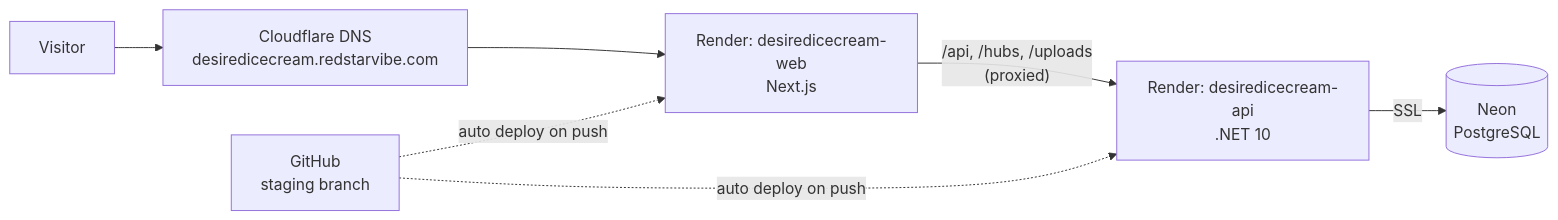
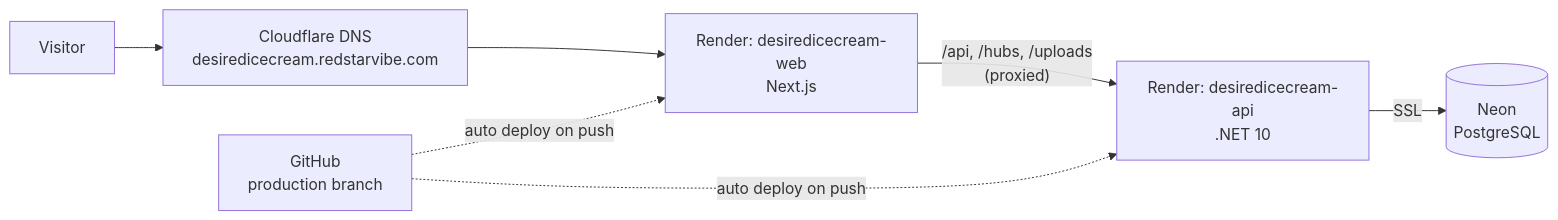
The first of 2 diagrams in docs/deploy-render.md (aarvitechai/IceCreem), drawn with Mermaid before and after one commit. The commit also changed other lines of this file and 1 other file, not shown here.

Commit message:
chore(deploy): run the live Render site from the production branch

````diff
--- a/docs/deploy-render.md
+++ b/docs/deploy-render.md
@@ -13,9 +13,9 @@
 ```mermaid
 flowchart LR
     U["Visitor"] --> CF["Cloudflare DNS<br/>desiredicecream.redstarvibe.com"]
     CF --> WEB["Render: desiredicecream-web<br/>Next.js"]
     WEB -- "/api, /hubs, /uploads<br/>(proxied)" --> API["Render: desiredicecream-api<br/>.NET 10"]
     API -- "SSL" --> DB[("Neon<br/>PostgreSQL")]
-    GH["GitHub<br/>staging branch"] -. "auto deploy on push" .-> WEB
+    GH["GitHub<br/>production branch"] -. "auto deploy on push" .-> WEB
     GH -. "auto deploy on push" .-> API
 ```
````
